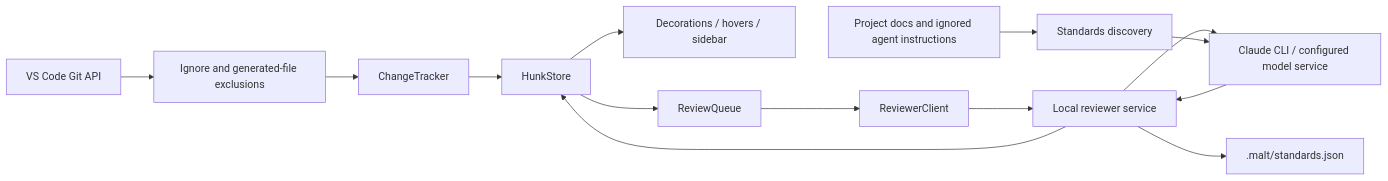
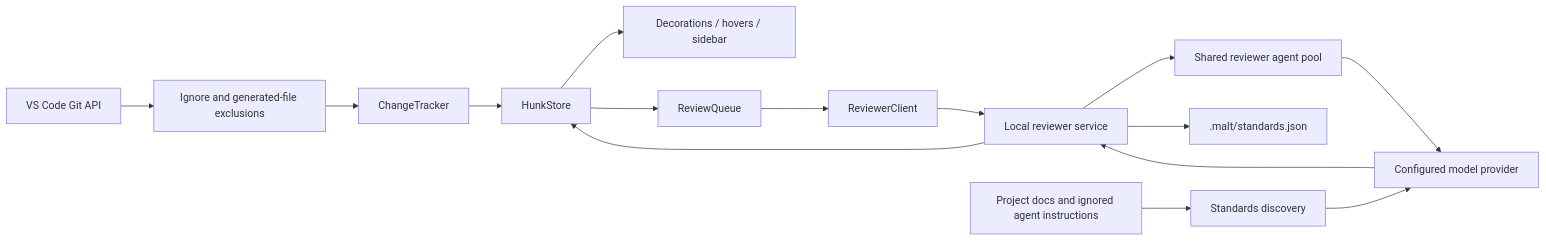
Before and after one commit to Division4Studios/multi-agent-local-team: the diagram in docs/architecture.md, drawn with Mermaid. The commit also changed other lines of this file and 40 other files, not shown here.

First line of the commit message:
feat: individual reviewer agents with health, controls and live logs (#46)

````diff
--- a/docs/architecture.md
+++ b/docs/architecture.md
@@ -9,16 +9,17 @@
 ```mermaid
 flowchart LR
   Git[VS Code Git API] --> Filter[Ignore and generated-file exclusions]
   Filter --> Tracker[ChangeTracker]
   Tracker --> Store[HunkStore]
   Store --> UI[Decorations / hovers / sidebar]
   Store --> Queue[ReviewQueue]
   Queue --> Client[ReviewerClient]
   Client --> Service[Local reviewer service]
-  Service --> Claude[Claude CLI / configured model service]
+  Service --> Agents[Shared reviewer agent pool]
+  Agents --> Claude[Configured model provider]
   Claude --> Service
   Service --> Store
   Docs[Project docs and ignored agent instructions] --> Scan[Standards discovery]
   Scan --> Claude
   Service --> Output[.malt/standards.json]
 ```
````
